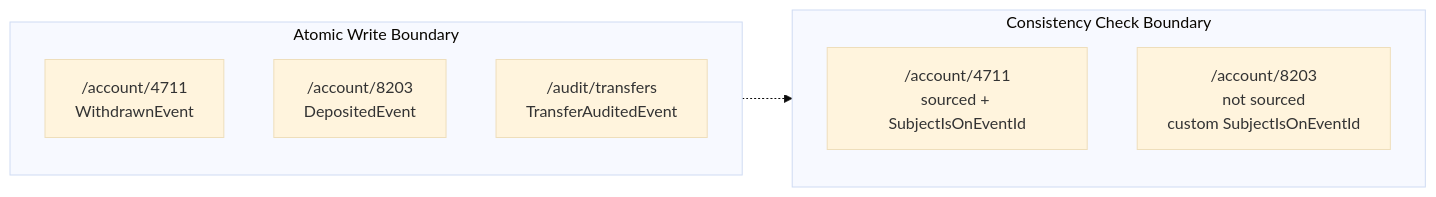
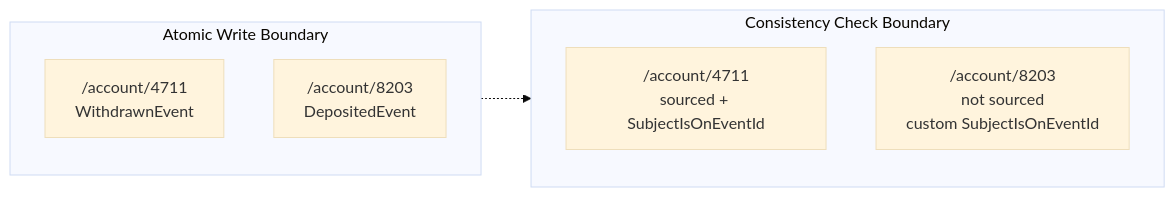
One commit to BadMomber/opencqrs changed the third of 4 diagrams in mkdocs/docs/blog/posts/2026/2026-10-12-missing-aggregate/index.md. Above: the diagram before and after it, drawn with Mermaid (base theme). The commit also changed other lines of this file, not shown here.

````diff
--- a/mkdocs/docs/blog/posts/2026/2026-10-12-missing-aggregate/index.md
+++ b/mkdocs/docs/blog/posts/2026/2026-10-12-missing-aggregate/index.md
@@ -234,17 +281,16 @@
 ```mermaid
 flowchart LR
     subgraph WRITE["Atomic Write Boundary"]
         direction TB
         W1["/account/4711<br/>WithdrawnEvent"]
         W2["/account/8203<br/>DepositedEvent"]
-        W3["/audit/transfers<br/>TransferAuditedEvent"]
     end
 
     subgraph CHECK["Consistency Check Boundary"]
         direction TB
         C1["/account/4711<br/>sourced + SubjectIsOnEventId"]
         C2["/account/8203<br/>not sourced<br/>custom SubjectIsOnEventId"]
     end
 
     WRITE -.-> CHECK
 ```
````
